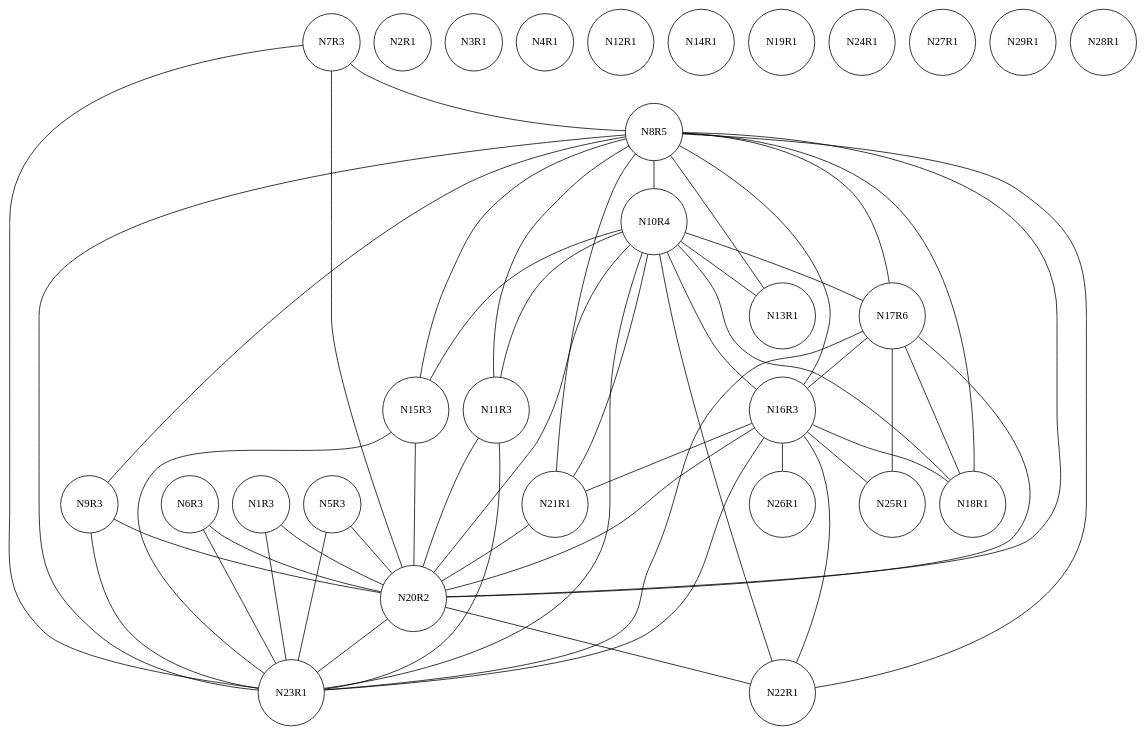
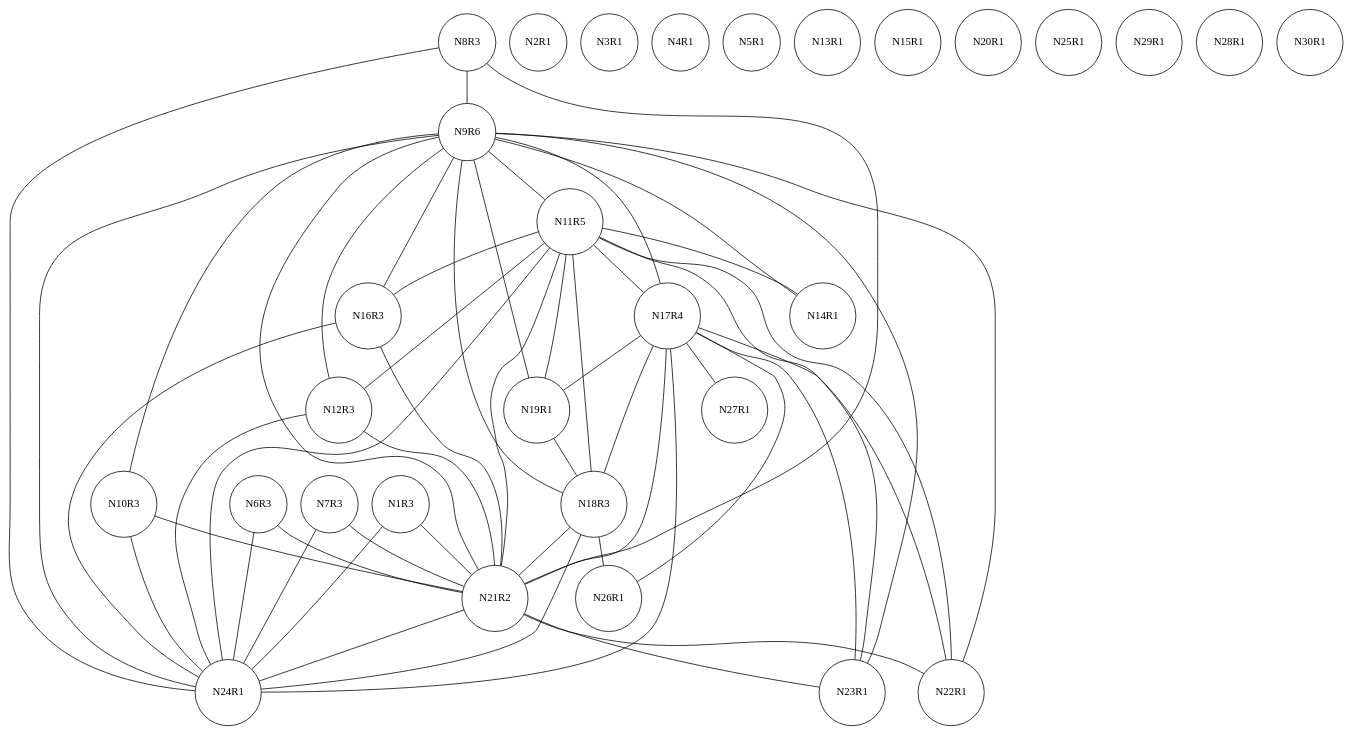
Before and after one commit to chris-wood/PL241-Compiler: the diagram in project/caw001.txt.ig.dot, drawn with Graphviz. The commit also changed 8 other files, not shown here.

```diff
--- a/project/caw001.txt.ig.dot
+++ b/project/caw001.txt.ig.dot
@@ -1,84 +1,85 @@
 graph ig {
     node [shape = circle];
     N1R3;
     N2R1;
     N3R1;
     N4R1;
-    N5R3;
+    N5R1;
     N6R3;
     N7R3;
-    N8R5;
-    N9R3;
-    N10R4;
-    N11R3;
-    N12R1;
+    N8R3;
+    N9R6;
+    N10R3;
+    N11R5;
+    N12R3;
     N13R1;
     N14R1;
-    N15R3;
-    N17R6;
+    N15R1;
+    N17R4;
     N16R3;
     N19R1;
-    N18R1;
-    N21R1;
-    N20R2;
+    N18R3;
+    N21R2;
+    N20R1;
     N23R1;
     N22R1;
     N25R1;
     N24R1;
     N27R1;
     N26R1;
     N29R1;
     N28R1;
-    N1R3 -- N23R1;
-    N1R3 -- N20R2;
-    N5R3 -- N23R1;
-    N5R3 -- N20R2;
-    N6R3 -- N23R1;
-    N6R3 -- N20R2;
-    N7R3 -- N8R5;
-    N7R3 -- N23R1;
-    N7R3 -- N20R2;
-    N8R5 -- N23R1;
-    N8R5 -- N22R1;
-    N8R5 -- N21R1;
-    N8R5 -- N20R2;
-    N8R5 -- N18R1;
-    N8R5 -- N16R3;
-    N8R5 -- N10R4;
-    N8R5 -- N17R6;
-    N8R5 -- N15R3;
-    N8R5 -- N13R1;
-    N8R5 -- N11R3;
-    N8R5 -- N9R3;
-    N9R3 -- N23R1;
-    N9R3 -- N20R2;
-    N10R4 -- N16R3;
-    N10R4 -- N23R1;
-    N10R4 -- N22R1;
-    N10R4 -- N21R1;
-    N10R4 -- N20R2;
-    N10R4 -- N18R1;
-    N10R4 -- N17R6;
-    N10R4 -- N15R3;
-    N10R4 -- N13R1;
-    N10R4 -- N11R3;
-    N11R3 -- N23R1;
-    N11R3 -- N20R2;
-    N15R3 -- N23R1;
-    N15R3 -- N20R2;
-    N17R6 -- N25R1;
-    N17R6 -- N18R1;
-    N17R6 -- N16R3;
-    N17R6 -- N23R1;
-    N17R6 -- N20R2;
-    N16R3 -- N22R1;
-    N16R3 -- N21R1;
-    N16R3 -- N20R2;
-    N16R3 -- N26R1;
-    N16R3 -- N25R1;
-    N16R3 -- N18R1;
-    N16R3 -- N23R1;
-    N21R1 -- N20R2;
-    N20R2 -- N23R1;
-    N20R2 -- N22R1;
+    N30R1;
+    N1R3 -- N24R1;
+    N1R3 -- N21R2;
+    N6R3 -- N24R1;
+    N6R3 -- N21R2;
+    N7R3 -- N24R1;
+    N7R3 -- N21R2;
+    N8R3 -- N9R6;
+    N8R3 -- N24R1;
+    N8R3 -- N21R2;
+    N9R6 -- N24R1;
+    N9R6 -- N23R1;
+    N9R6 -- N22R1;
+    N9R6 -- N21R2;
+    N9R6 -- N18R3;
+    N9R6 -- N17R4;
+    N9R6 -- N11R5;
+    N9R6 -- N19R1;
+    N9R6 -- N16R3;
+    N9R6 -- N14R1;
+    N9R6 -- N12R3;
+    N9R6 -- N10R3;
+    N10R3 -- N24R1;
+    N10R3 -- N21R2;
+    N11R5 -- N17R4;
+    N11R5 -- N24R1;
+    N11R5 -- N23R1;
+    N11R5 -- N22R1;
+    N11R5 -- N21R2;
+    N11R5 -- N18R3;
+    N11R5 -- N19R1;
+    N11R5 -- N16R3;
+    N11R5 -- N14R1;
+    N11R5 -- N12R3;
+    N12R3 -- N24R1;
+    N12R3 -- N21R2;
+    N17R4 -- N23R1;
+    N17R4 -- N22R1;
+    N17R4 -- N21R2;
+    N17R4 -- N27R1;
+    N17R4 -- N26R1;
+    N17R4 -- N18R3;
+    N17R4 -- N24R1;
+    N17R4 -- N19R1;
+    N16R3 -- N24R1;
+    N16R3 -- N21R2;
+    N19R1 -- N18R3;
+    N18R3 -- N26R1;
+    N18R3 -- N24R1;
+    N18R3 -- N21R2;
+    N21R2 -- N24R1;
+    N21R2 -- N23R1;
+    N21R2 -- N22R1;
 }
```
